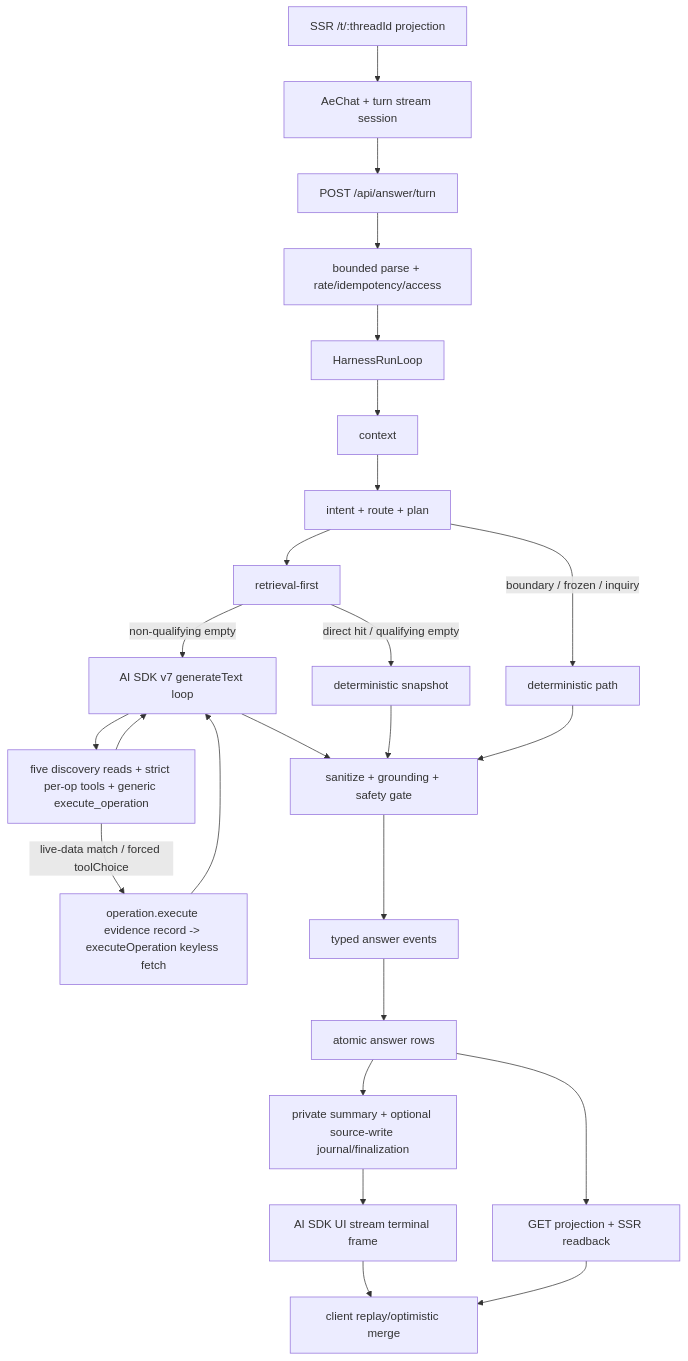
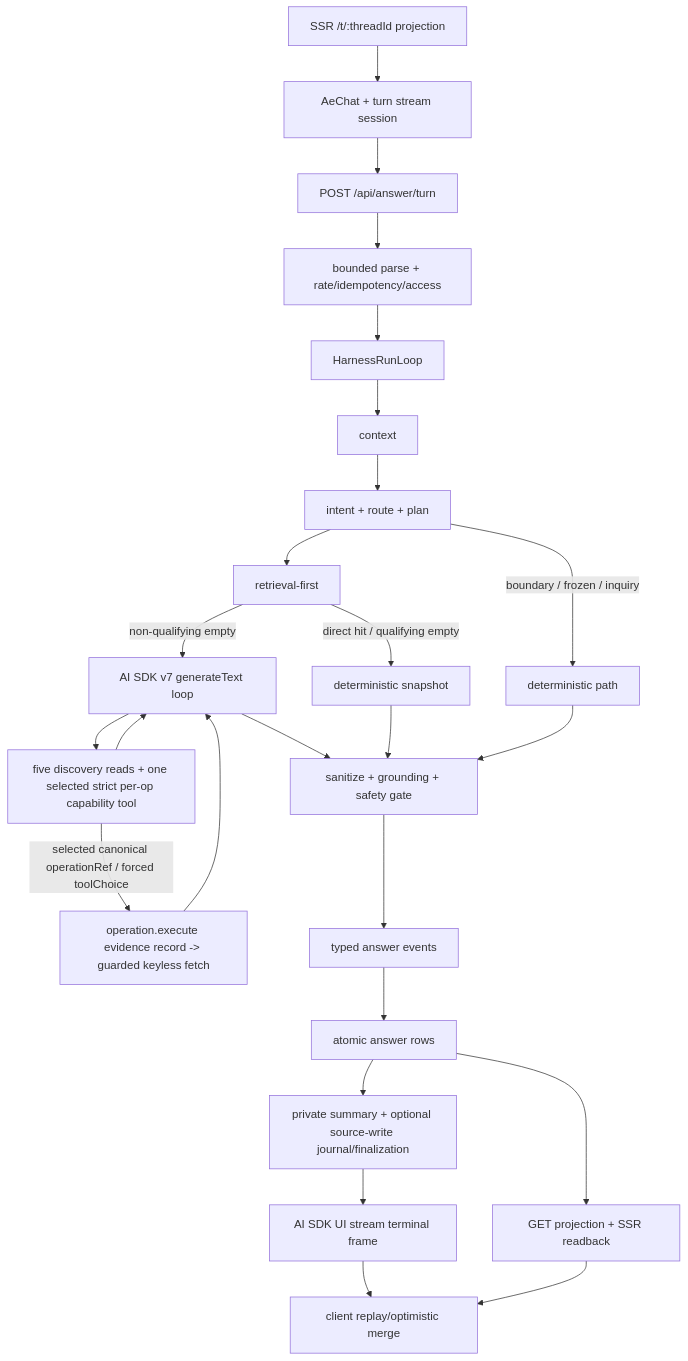
The first of 4 diagrams in .planning/codebase/PROMPT-DATA-FLOW.md (CreasyBear/Agentic-Economy), drawn with Mermaid before and after one commit. The commit also changed other lines of this file and 1 other file, not shown here.

Commit message:
docs: refresh prompt and IA data flows

````diff
--- a/.planning/codebase/PROMPT-DATA-FLOW.md
+++ b/.planning/codebase/PROMPT-DATA-FLOW.md
@@ -69,24 +69,24 @@
 ```mermaid
 flowchart TD
   SSR["SSR /t/:threadId projection"] --> UI["AeChat + turn stream session"]
   UI --> HTTP["POST /api/answer/turn"]
   HTTP --> ADMIT["bounded parse + rate/idempotency/access"]
   ADMIT --> LOOP["HarnessRunLoop"]
   LOOP --> CTX["context"] --> ROUTE["intent + route + plan"]
   ROUTE --> RET["retrieval-first"]
   RET -->|direct hit / qualifying empty| SNAP["deterministic snapshot"]
   RET -->|non-qualifying empty| AGENT["AI SDK v7 generateText loop"]
   ROUTE -->|boundary / frozen / inquiry| DET["deterministic path"]
-  AGENT --> TOOLS["five discovery reads + strict per-op tools + generic execute_operation"] --> AGENT
-  TOOLS -->|"live-data match / forced toolChoice"| EXEC["operation.execute evidence record -> executeOperation keyless fetch"]
+  AGENT --> TOOLS["five discovery reads + one selected strict per-op capability tool"] --> AGENT
+  TOOLS -->|"selected canonical operationRef / forced toolChoice"| EXEC["operation.execute evidence record -> guarded keyless fetch"]
   EXEC --> AGENT
   AGENT --> GATE["sanitize + grounding + safety gate"]
   SNAP --> GATE
   DET --> GATE
   GATE --> ASM["typed answer events"] --> PERSIST["atomic answer rows"]
   PERSIST --> FINAL["private summary + optional source-write journal/finalization"]
   FINAL --> SSE["AI SDK UI stream terminal frame"]
   PERSIST --> GET["GET projection + SSR readback"]
   SSE --> MERGE["client replay/optimistic merge"]
   GET --> MERGE
 ```
````
